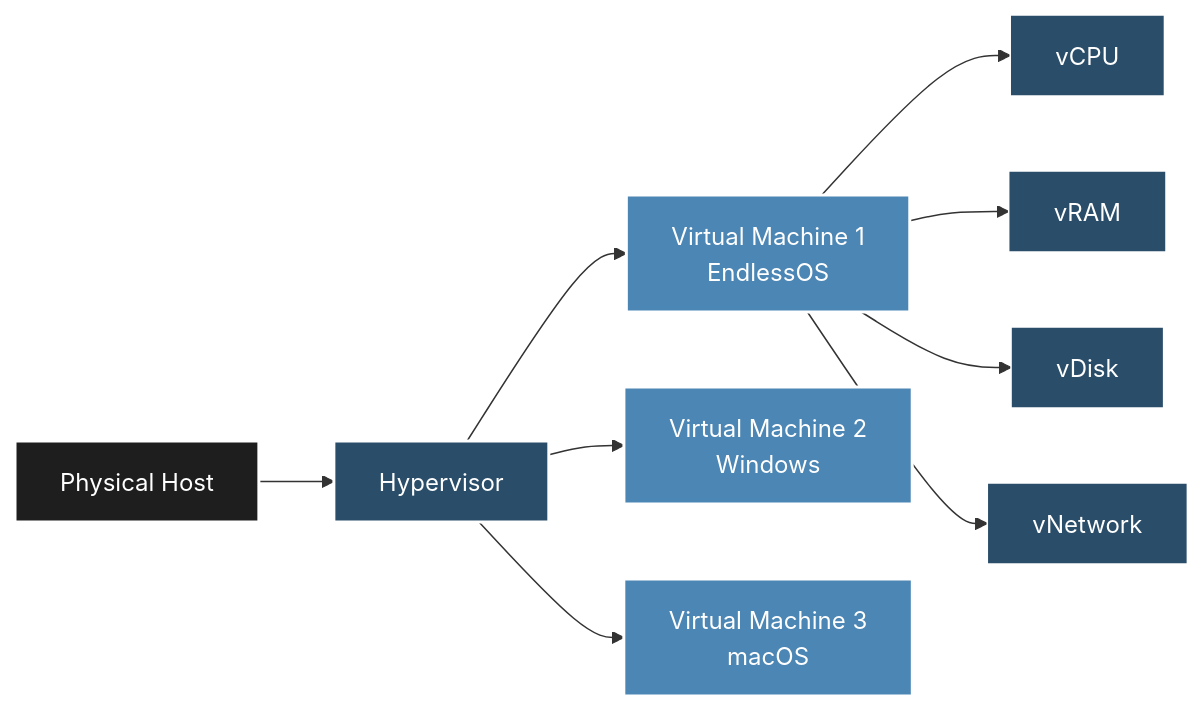
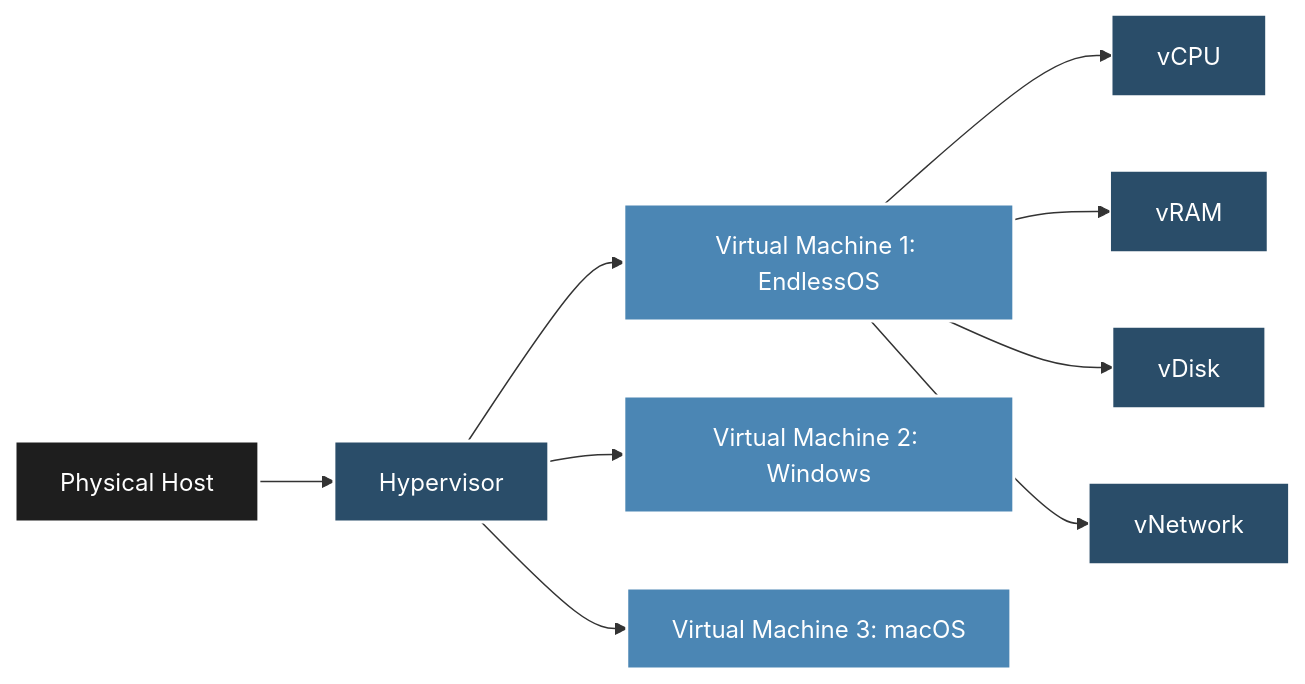
The sixth of 9 diagrams in README.md (Ananya-Addisu/Endless-OS), drawn with Mermaid before and after one commit. The commit also changed other lines of this file, not shown here.

````diff
--- a/README.md
+++ b/README.md
@@ -406,22 +393,22 @@
 ```mermaid
 graph LR
     A[Physical Host] --> B[Hypervisor]
-    B --> C[Virtual Machine 1<br>EndlessOS]
-    B --> D[Virtual Machine 2<br>Windows]
-    B --> E[Virtual Machine 3<br>macOS]
+    B --> C[Virtual Machine 1: EndlessOS]
+    B --> D[Virtual Machine 2: Windows]
+    B --> E[Virtual Machine 3: macOS]
     
     C --> F[vCPU]
     C --> G[vRAM]
     C --> H[vDisk]
     C --> I[vNetwork]
     
     style A fill:#1E1E1E,stroke:#FFF,stroke-width:2px,color:#FFF
     style B fill:#2A4D69,stroke:#FFF,stroke-width:2px,color:#FFF
     style C fill:#4B86B4,stroke:#FFF,stroke-width:2px,color:#FFF
     style D fill:#4B86B4,stroke:#FFF,stroke-width:2px,color:#FFF
     style E fill:#4B86B4,stroke:#FFF,stroke-width:2px,color:#FFF
     style F fill:#2A4D69,stroke:#FFF,stroke-width:1px,color:#FFF
     style G fill:#2A4D69,stroke:#FFF,stroke-width:1px,color:#FFF
     style H fill:#2A4D69,stroke:#FFF,stroke-width:1px,color:#FFF
     style I fill:#2A4D69,stroke:#FFF,stroke-width:1px,color:#FFF
 ```
````
